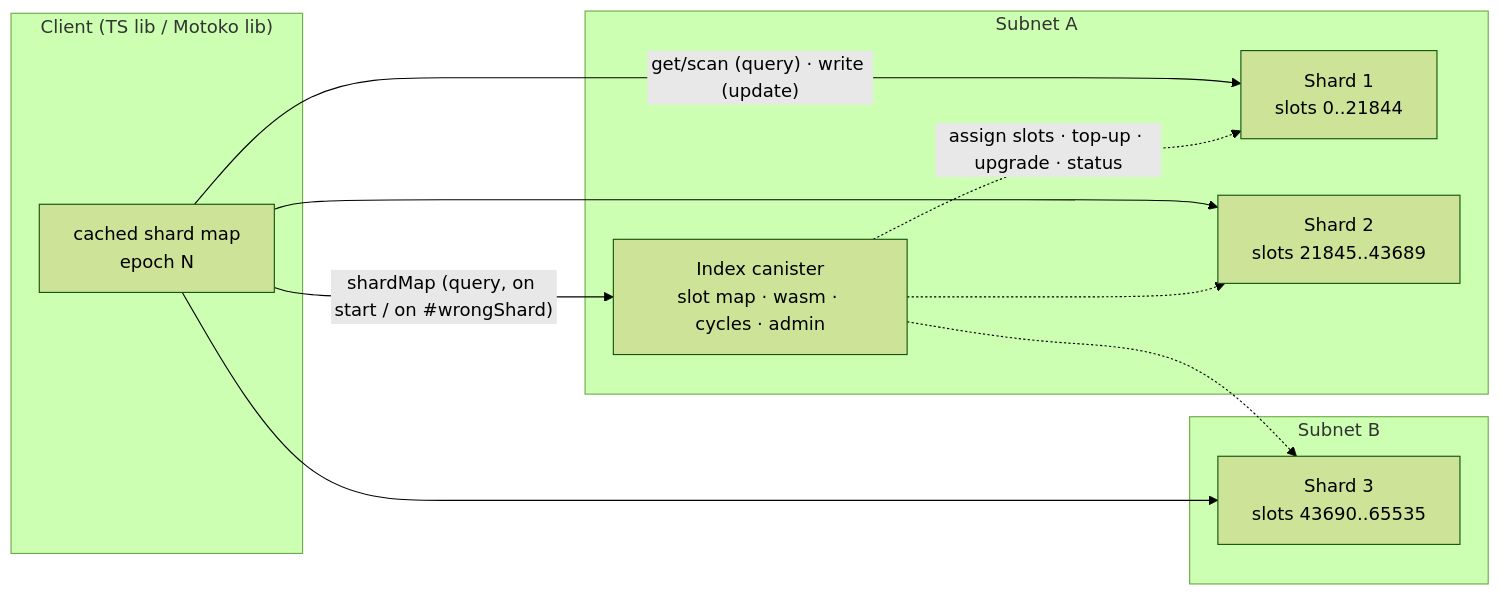
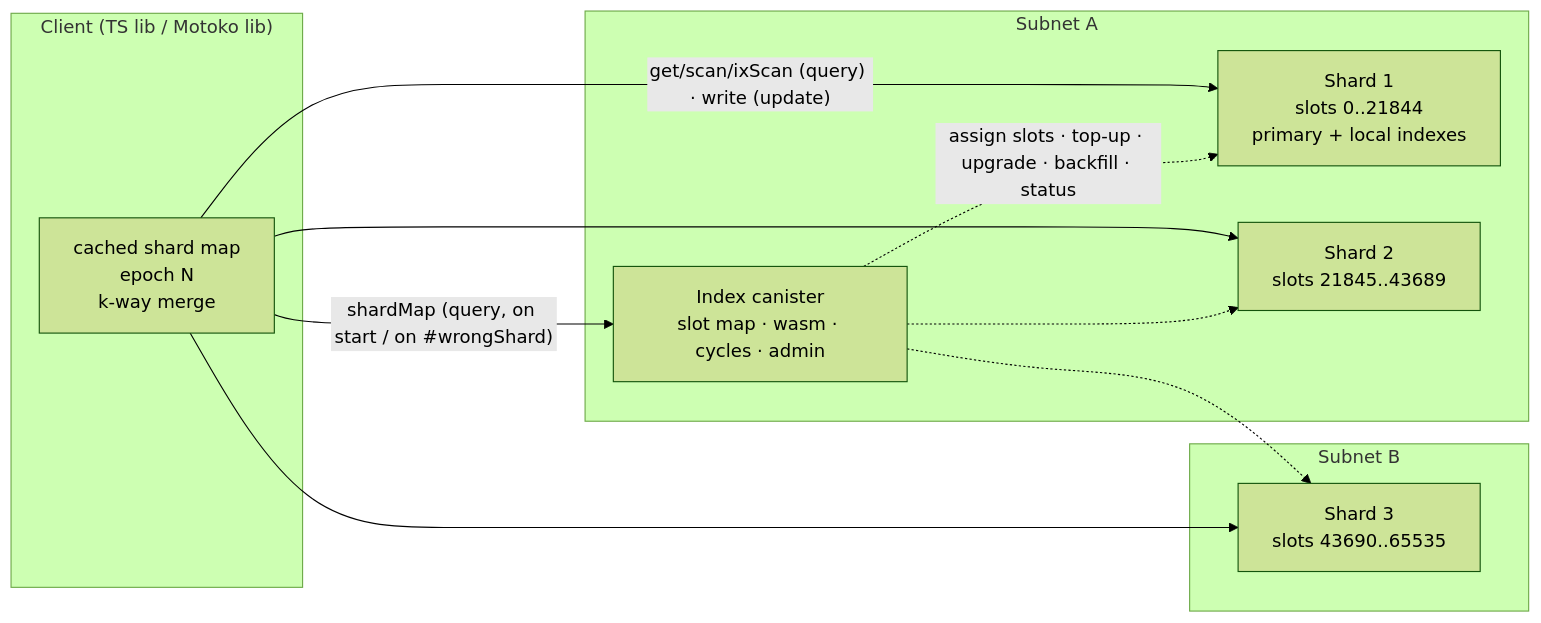
Before and after one commit to BarFTW/Ekvm: the diagram in docs/DESIGN.md, drawn with Mermaid (forest theme). The commit also changed other lines of this file, not shown here.

Commit message:
docs: rev 2 — generic library, secondary indexes + global ordered scans, decisions D1-D3, benchmarks, milestones

````diff
--- a/docs/DESIGN.md
+++ b/docs/DESIGN.md
@@ -121,21 +177,21 @@
 ```mermaid
 flowchart LR
   subgraph Client["Client (TS lib / Motoko lib)"]
-    C[cached shard map<br/>epoch N]
+    C[cached shard map<br/>epoch N<br/>k-way merge]
   end
   subgraph SubnetA["Subnet A"]
     I[Index canister<br/>slot map · wasm · cycles · admin]
-    S1[Shard 1<br/>slots 0..21844]
+    S1[Shard 1<br/>slots 0..21844<br/>primary + local indexes]
     S2[Shard 2<br/>slots 21845..43689]
   end
   subgraph SubnetB["Subnet B"]
     S3[Shard 3<br/>slots 43690..65535]
   end
   C -- "shardMap (query, on start / on #wrongShard)" --> I
-  C -- "get/scan (query) · write (update)" --> S1
+  C -- "get/scan/ixScan (query) · write (update)" --> S1
   C --> S2
   C --> S3
-  I -. "assign slots · top-up · upgrade · status" .-> S1
+  I -. "assign slots · top-up · upgrade · backfill · status" .-> S1
   I -.-> S2
   I -.-> S3
 ```
````
